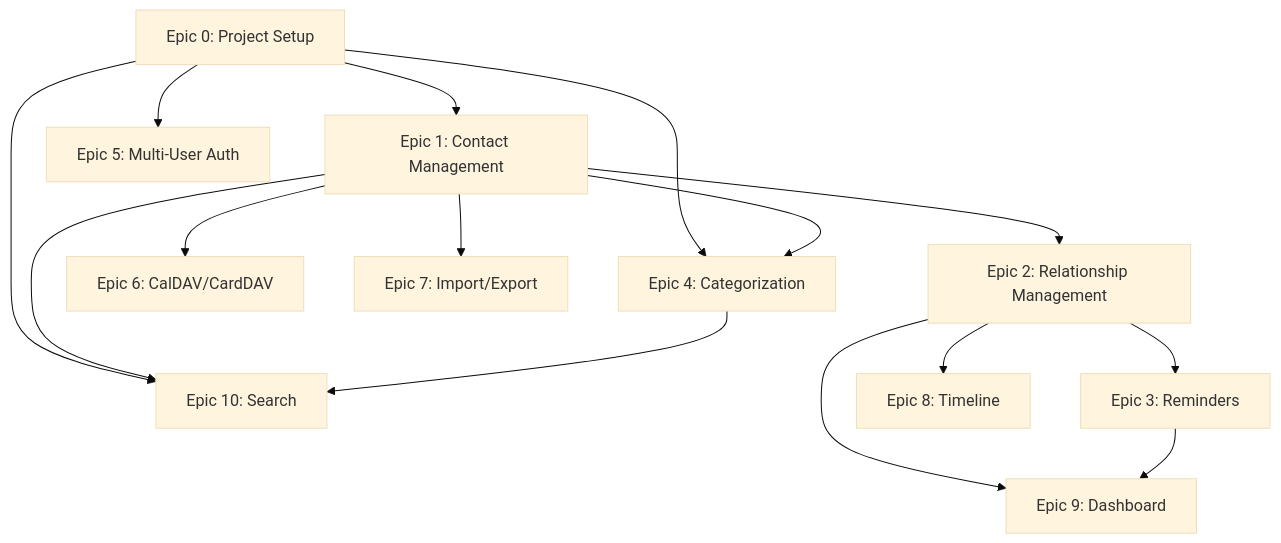
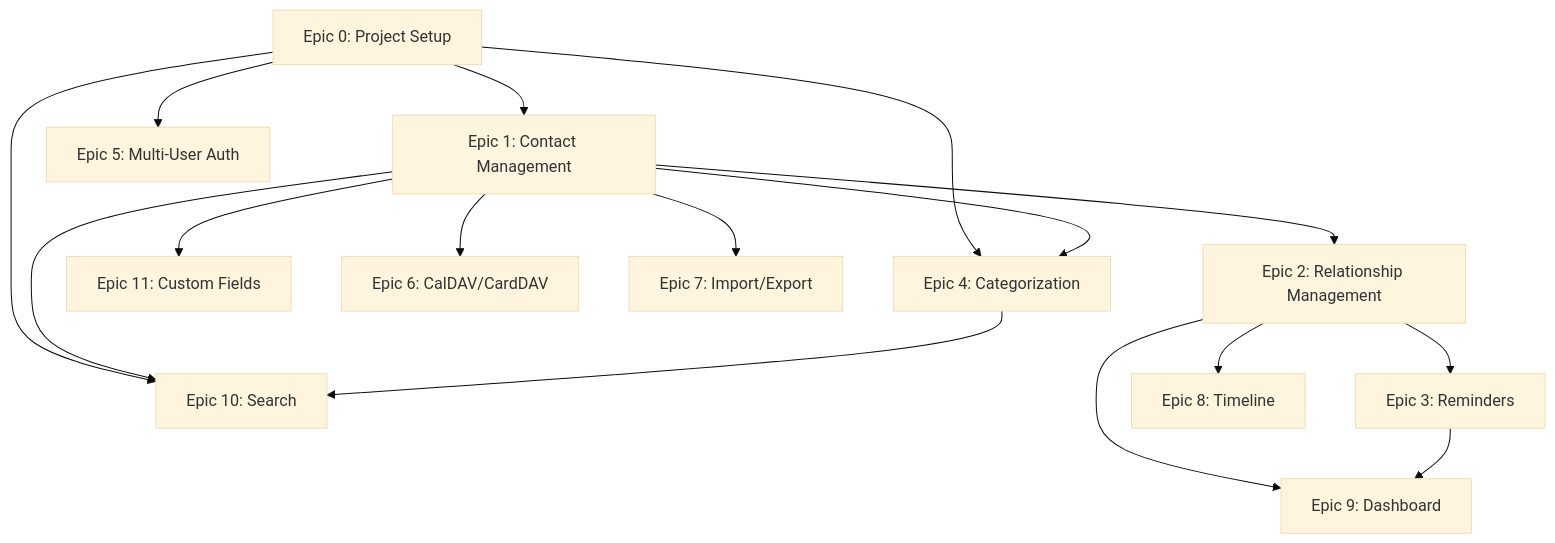
The diagram in project-management/epics/README.md (datenknoten/freundebuch), drawn with Mermaid (base theme) before and after one commit. The commit also changed other lines of this file and 2 other files, not shown here.

First line of the commit message:
docs(epics): Extract Custom Fields into Epic 11

````diff
--- a/project-management/epics/README.md
+++ b/project-management/epics/README.md
@@ -97,17 +100,18 @@
 ```mermaid
 graph TD
     E0[Epic 0: Project Setup] --> E1[Epic 1: Contact Management]
     E0 --> E4[Epic 4: Categorization]
     E0 --> E5[Epic 5: Multi-User Auth]
     E0 --> E10[Epic 10: Search]
     E1 --> E2[Epic 2: Relationship Management]
     E1 --> E4
     E1 --> E10
+    E1 --> E11[Epic 11: Custom Fields]
     E2 --> E3[Epic 3: Reminders]
     E2 --> E8[Epic 8: Timeline]
     E2 --> E9[Epic 9: Dashboard]
     E3 --> E9
     E1 --> E6[Epic 6: CalDAV/CardDAV]
     E1 --> E7[Epic 7: Import/Export]
     E4 --> E10
 ```
````
